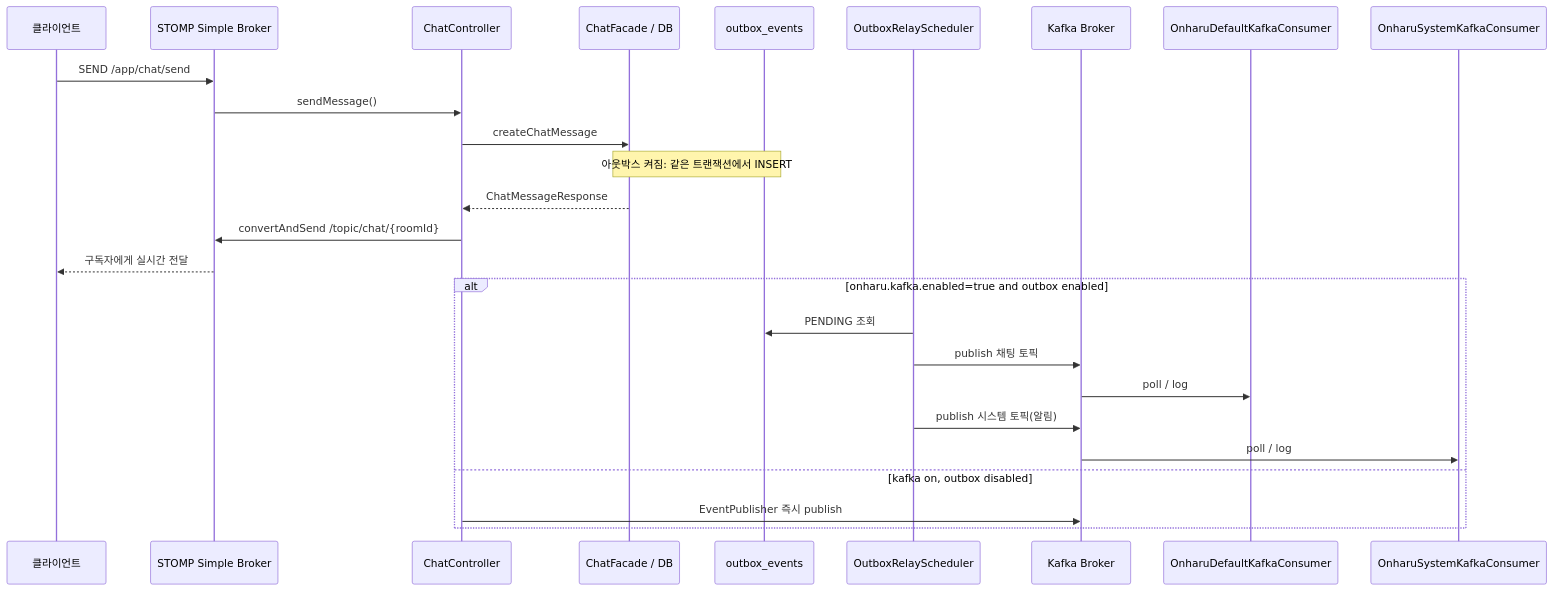
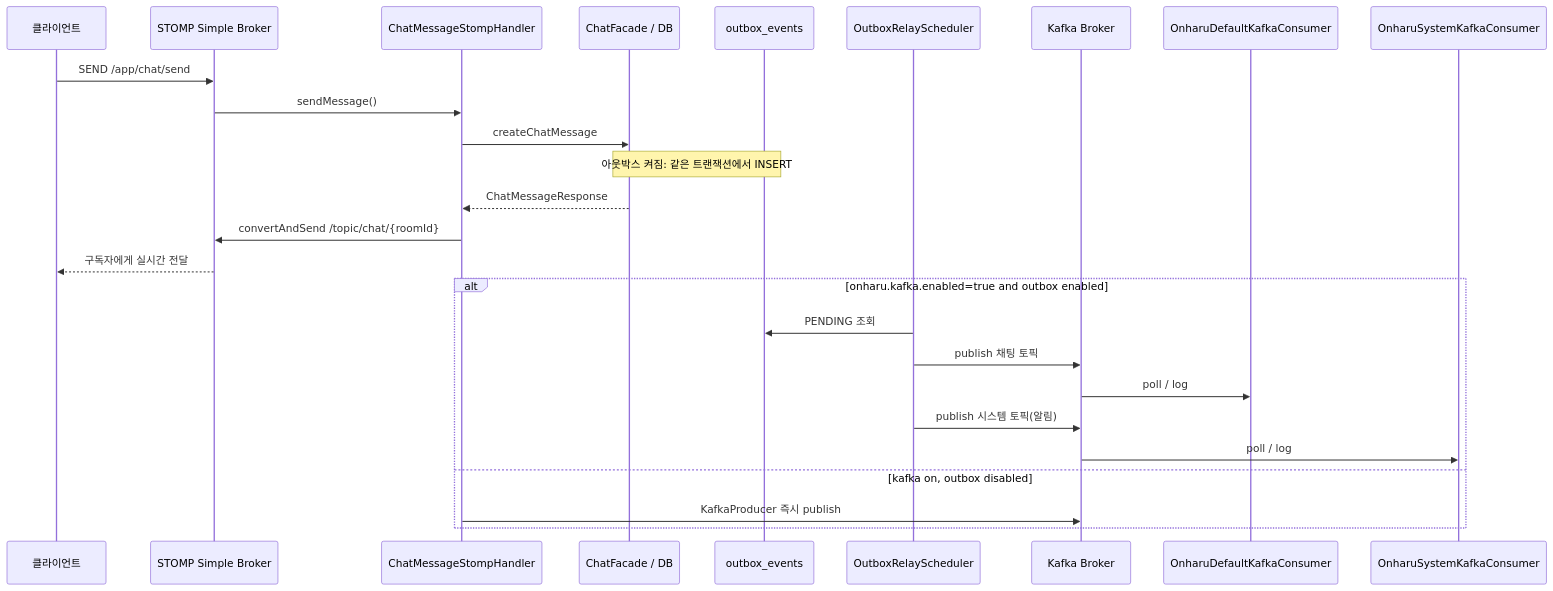
One commit to net79736/onharu-backend-v2 changed the diagram in docs/chat-kafka-flow.md. Above: the diagram before and after it, drawn with Mermaid. The commit also changed other lines of this file and 9 other files, not shown here.

First line of the commit message:
refactor: ChatController를 ChatMessageStompHandler로 변경 및 관련 문서 업데이트

````diff
--- a/docs/chat-kafka-flow.md
+++ b/docs/chat-kafka-flow.md
@@ -147,29 +147,29 @@
 ```mermaid
 sequenceDiagram
     participant C as 클라이언트
     participant STOMP as STOMP Simple Broker
-    participant CC as ChatController
+    participant CC as ChatMessageStompHandler
     participant CF as ChatFacade / DB
     participant O as outbox_events
     participant SCH as OutboxRelayScheduler
     participant K as Kafka Broker
     participant KC as OnharuDefaultKafkaConsumer
     participant KS as OnharuSystemKafkaConsumer
 
     C->>STOMP: SEND /app/chat/send
     STOMP->>CC: sendMessage()
     CC->>CF: createChatMessage
     Note over CF,O: 아웃박스 켜짐: 같은 트랜잭션에서 INSERT
     CF-->>CC: ChatMessageResponse
     CC->>STOMP: convertAndSend /topic/chat/{roomId}
     STOMP-->>C: 구독자에게 실시간 전달
     alt onharu.kafka.enabled=true and outbox enabled
         SCH->>O: PENDING 조회
         SCH->>K: publish 채팅 토픽
         K->>KC: poll / log
         SCH->>K: publish 시스템 토픽(알림)
         K->>KS: poll / log
     else kafka on, outbox disabled
-        CC->>K: EventPublisher 즉시 publish
+        CC->>K: KafkaProducer 즉시 publish
     end
 ```
````
